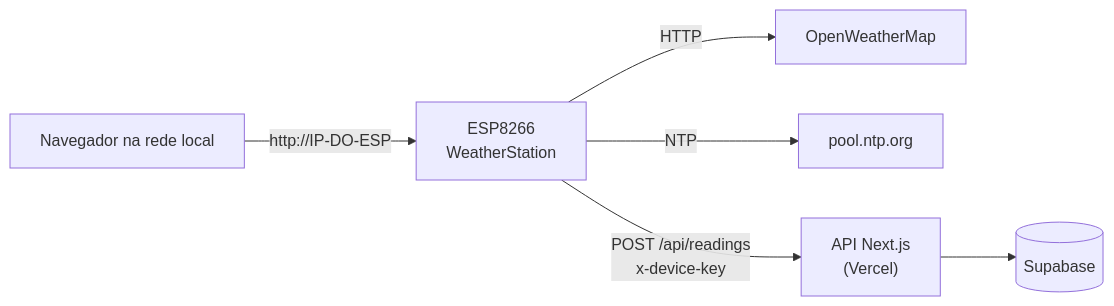
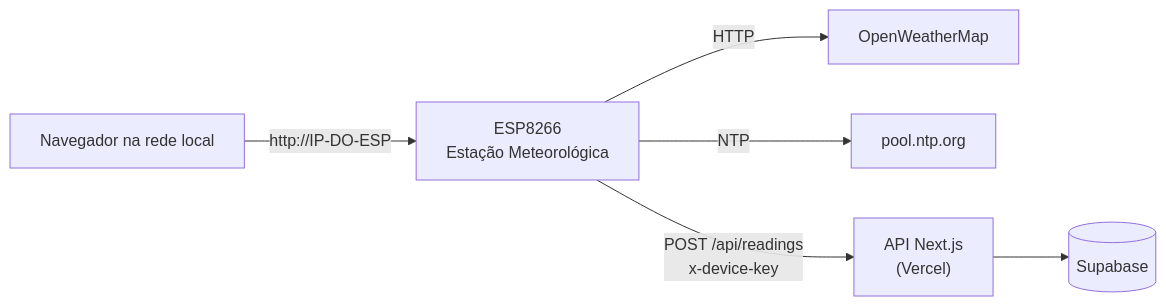
Before and after one commit to LuismarPavani/Estacao-Meteorologica: the diagram in README.md, drawn with Mermaid. The commit also changed other lines of this file and 4 other files, not shown here.

````diff
--- a/README.md
+++ b/README.md
@@ -85,8 +85,8 @@
 ```mermaid
 flowchart LR
-  ESP["ESP8266<br/>WeatherStation"] -->|HTTP| OWM["OpenWeatherMap"]
+  ESP["ESP8266<br/>Estação Meteorológica"] -->|HTTP| OWM["OpenWeatherMap"]
   ESP -->|NTP| NTP["pool.ntp.org"]
   ESP -->|"POST /api/readings<br/>x-device-key"| API["API Next.js<br/>(Vercel)"]
   API --> DB[("Supabase")]
   NAV["Navegador na rede local"] -->|"http://IP-DO-ESP"| ESP
 ```
````
